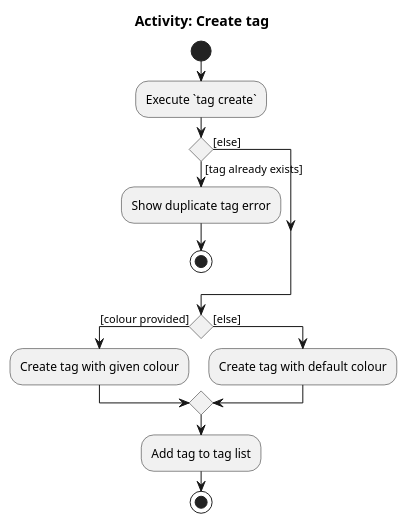
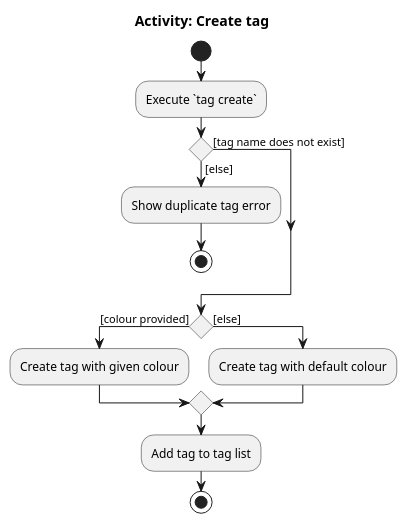
The diagram in diagrams/tag/TagCreateActivityDiagram.puml (AY2526S2-CS2103-T11-1/tp), drawn with PlantUML before and after one commit. The commit also changed 38 other files, not shown here.

```diff
--- a/diagrams/tag/TagCreateActivityDiagram.puml
+++ b/diagrams/tag/TagCreateActivityDiagram.puml
@@ -1,23 +1,23 @@
 @startuml
 title Activity: Create tag
 
 start
 
 :Execute `tag create`;
 
-if () then ([tag already exists])
+if () then ([tag name does not exist])
+else ([else])
     :Show duplicate tag error;
     stop
-else ([else])
 endif
 
 if () then ([colour provided])
     :Create tag with given colour;
 else ([else])
     :Create tag with default colour;
 endif
 
 :Add tag to tag list;
 
 stop
 @enduml
```
